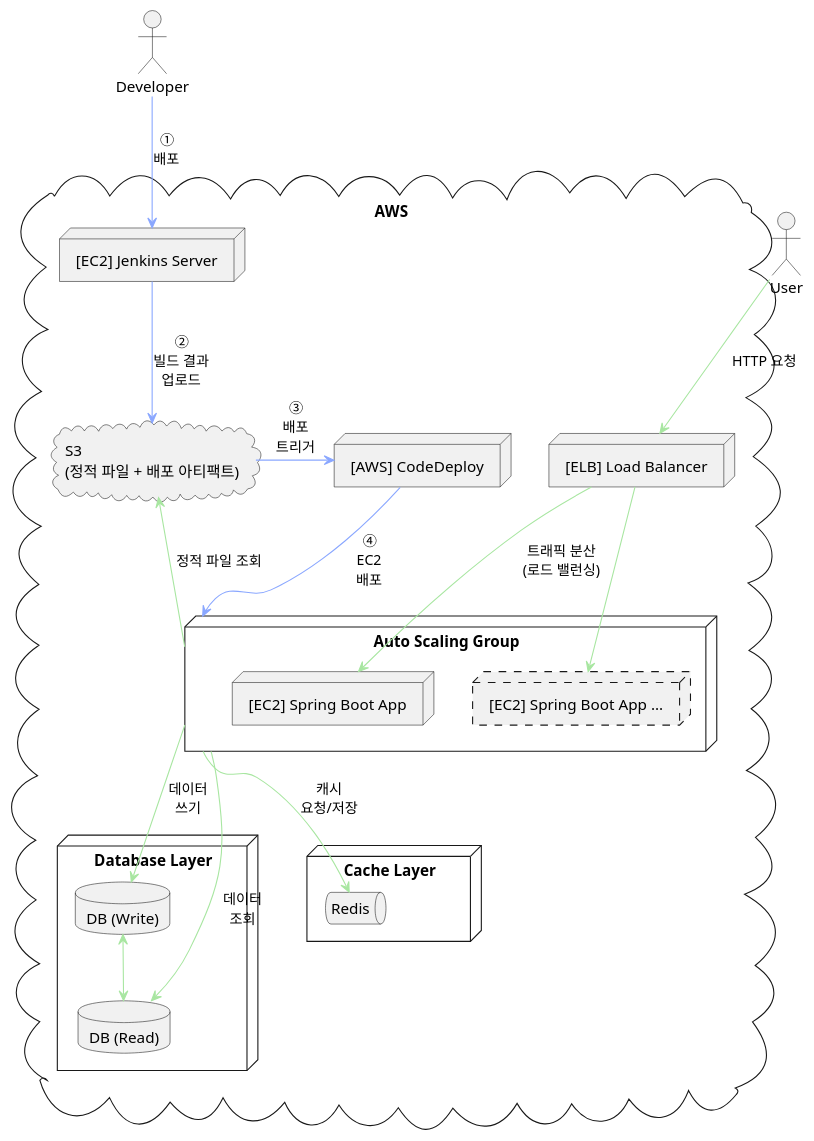
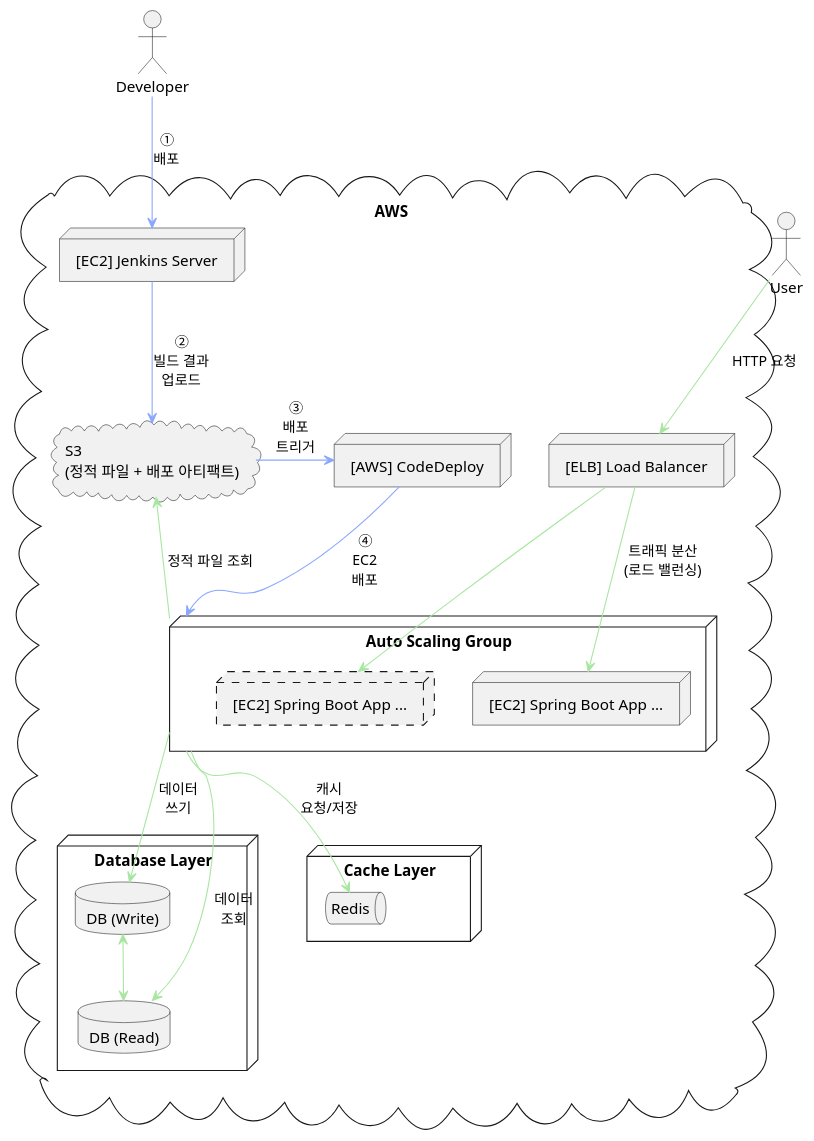
One commit to honge7694/hdd-server-java changed the diagram in docs/infra/infra.puml. Above: the diagram before and after it, drawn with PlantUML. The commit also changed 1 other file, not shown here.

Commit message:
Infra Architecture 3차 수정 - 문구 위치 수정

```diff
--- a/docs/infra/infra.puml
+++ b/docs/infra/infra.puml
@@ -1,52 +1,52 @@
 @startuml
 skinparam componentStyle rectangle
 
 actor User
 actor Developer
 
 cloud "AWS" {
 
     node "[ELB] Load Balancer" as ELB
 
     node "Auto Scaling Group" as AppLayer {
-        node "[EC2] Spring Boot App" as ec2
         node "[EC2] Spring Boot App ..." as ec2Dashed #line.dashed
+        node "[EC2] Spring Boot App ..." as ec2
     }
 
     node "Database Layer" {
         database "DB (Write)" as DBWrite
         database "DB (Read)" as DBRead
     }
 
     node "Cache Layer" {
         queue "Redis" as Redis
     }
 
     cloud "S3\n(정적 파일 + 배포 아티팩트)" as S3
 
     node "[EC2] Jenkins Server" as Jenkins
     node "[AWS] CodeDeploy" as CodeDeploy
 }
 
 ' 요청 흐름 (Request Flow) 선 색상 설정
 skinparam arrowColor #A8E6A1
 
 User --> ELB : HTTP 요청
 ELB --> ec2Dashed
 ELB --> ec2  : 트래픽 분산\n(로드 밸런싱)
 
 AppLayer --> Redis : 캐시\n요청/저장
 AppLayer --> DBWrite : 데이터\n쓰기
 AppLayer --> DBRead : 데이터\n조회
 DBWrite <--> DBRead
 AppLayer -L-> S3 : 정적 파일 조회
 
 ' 배포 흐름 (Deployment Flow) 선 색상 설정
 skinparam arrowColor #8AA7FF
 
 Developer --> Jenkins : ①\n배포
 Jenkins --> S3 : ②\n빌드 결과\n업로드
 S3 -L-> CodeDeploy: ③\n배포\n트리거
 CodeDeploy --> AppLayer : ④\nEC2\n배포
 
 @enduml
```
